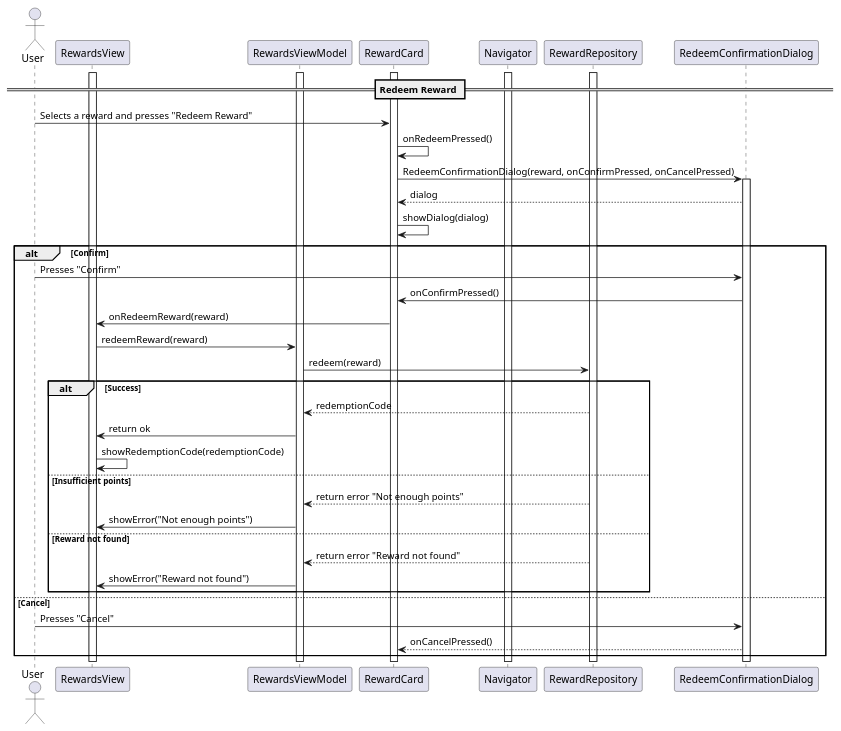
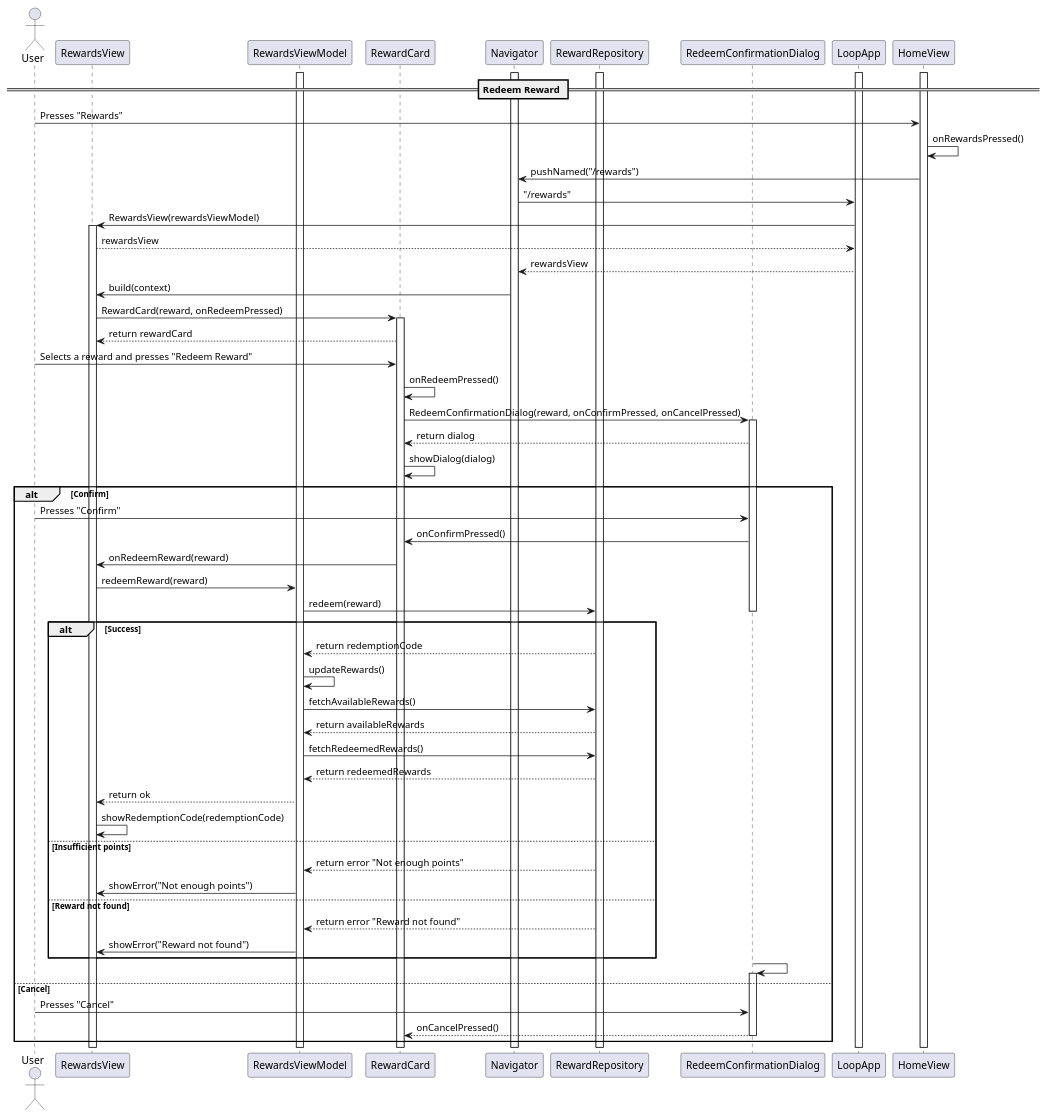
One commit to YannisRavasopoulos/ProjectSD_S6 changed the diagram in reports/sequence/redeem-reward.plantuml. Above: the diagram before and after it, drawn with PlantUML.

Commit message:
Update redeem reward

```diff
--- a/reports/sequence/redeem-reward.plantuml
+++ b/reports/sequence/redeem-reward.plantuml
@@ -1,48 +1,70 @@
 @startuml
 
 actor User
 
 participant RewardsView
 participant RewardsViewModel
 participant RewardCard
 participant Navigator
 participant RewardRepository
 participant RedeemConfirmationDialog
+participant LoopApp
+participant HomeView
 
 activate Navigator
 activate RewardsViewModel
 activate RewardRepository
-activate RewardsView
-activate RewardCard
+activate HomeView
+activate LoopApp
 
 == Redeem Reward ==
-
+User -> HomeView: Presses "Rewards"
+HomeView -> HomeView: onRewardsPressed()
+HomeView -> Navigator: pushNamed("/rewards")
+Navigator -> LoopApp: "/rewards"
+LoopApp -> RewardsView: RewardsView(rewardsViewModel)
+activate RewardsView
+RewardsView --> LoopApp: rewardsView
+LoopApp --> Navigator: rewardsView
+Navigator -> RewardsView: build(context)
+RewardsView -> RewardCard: RewardCard(reward, onRedeemPressed)
+activate RewardCard
+RewardCard --> RewardsView: return rewardCard
 User -> RewardCard: Selects a reward and presses "Redeem Reward"
 RewardCard -> RewardCard: onRedeemPressed()
 RewardCard -> RedeemConfirmationDialog: RedeemConfirmationDialog(reward, onConfirmPressed, onCancelPressed)
 activate RedeemConfirmationDialog
-RedeemConfirmationDialog --> RewardCard: dialog
+RedeemConfirmationDialog --> RewardCard: return dialog
 RewardCard -> RewardCard: showDialog(dialog)
 alt Confirm
 User -> RedeemConfirmationDialog: Presses "Confirm"
 RedeemConfirmationDialog -> RewardCard: onConfirmPressed()
 RewardCard -> RewardsView: onRedeemReward(reward)
 RewardsView -> RewardsViewModel: redeemReward(reward)
 RewardsViewModel -> RewardRepository: redeem(reward)
+deactivate RedeemConfirmationDialog
 alt Success
-    RewardRepository --> RewardsViewModel: redemptionCode
-    RewardsViewModel -> RewardsView: return ok
+    RewardRepository --> RewardsViewModel: return redemptionCode
+    RewardsViewModel -> RewardsViewModel: updateRewards()
+    RewardsViewModel -> RewardRepository: fetchAvailableRewards()
+    RewardRepository --> RewardsViewModel: return availableRewards
+    RewardsViewModel -> RewardRepository: fetchRedeemedRewards()
+    RewardRepository --> RewardsViewModel: return redeemedRewards
+    RewardsViewModel --> RewardsView: return ok
     RewardsView -> RewardsView: showRedemptionCode(redemptionCode)
 else Insufficient points
     RewardRepository --> RewardsViewModel: return error "Not enough points"
     RewardsViewModel -> RewardsView: showError("Not enough points")
 else Reward not found
     RewardRepository --> RewardsViewModel: return error "Reward not found"
     RewardsViewModel -> RewardsView: showError("Reward not found")
 end
+RedeemConfirmationDialog -> RedeemConfirmationDialog
+activate RedeemConfirmationDialog
 else Cancel
 User -> RedeemConfirmationDialog: Presses "Cancel"
 RedeemConfirmationDialog --> RewardCard: onCancelPressed()
+deactivate RedeemConfirmationDialog
 end
 
 @enduml
```
